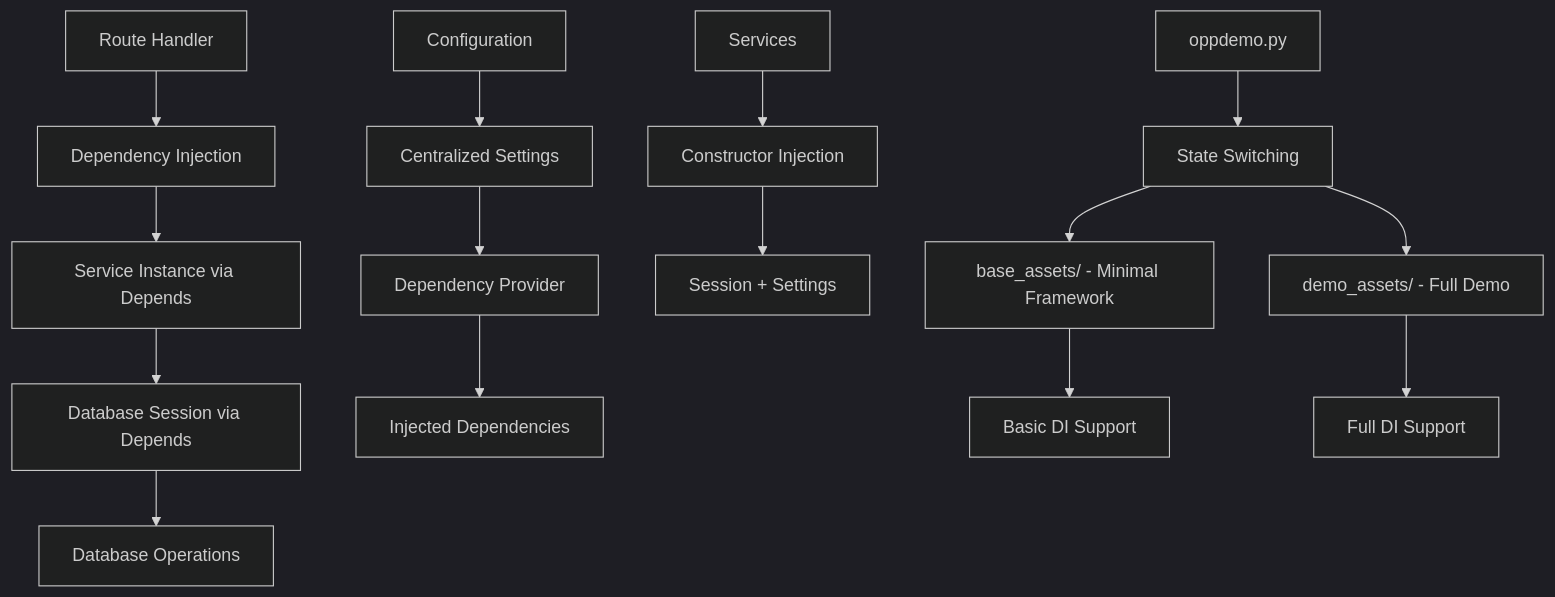
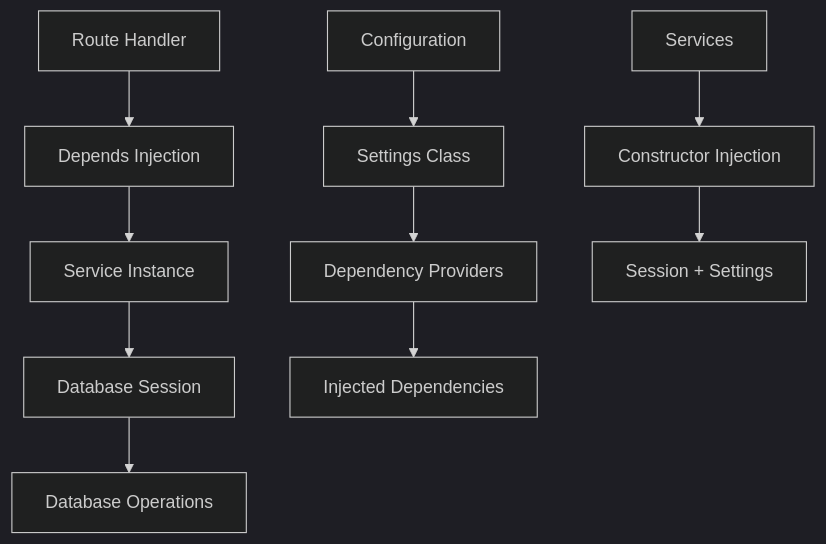
Before and after one commit to opptutor/fastopp: the diagram in docs/plan/dependency_injection_plan.md, drawn with Mermaid (dark theme). The commit also changed other lines of this file and 1 other file, not shown here.

Commit message:
updated dependency injection plan

````diff
--- a/docs/plan/dependency_injection_plan.md
+++ b/docs/plan/dependency_injection_plan.md
@@ -133,20 +147,14 @@
 ```mermaid
 graph TD
-    A[Route Handler] --> B[Dependency Injection]
-    B --> C[Service Instance via Depends]
-    C --> D[Database Session via Depends]
+    A[Route Handler] --> B[Depends Injection]
+    B --> C[Service Instance]
+    C --> D[Database Session]
     D --> E[Database Operations]
     
-    F[Configuration] --> G[Centralized Settings]
-    G --> H[Dependency Provider]
+    F[Configuration] --> G[Settings Class]
+    G --> H[Dependency Providers]
     H --> I[Injected Dependencies]
     
     J[Services] --> K[Constructor Injection]
     K --> L[Session + Settings]
-    
-    M[oppdemo.py] --> N[State Switching]
-    N --> O[base_assets/ - Minimal Framework]
-    N --> P[demo_assets/ - Full Demo]
-    O --> Q[Basic DI Support]
-    P --> R[Full DI Support]
 ```
````
